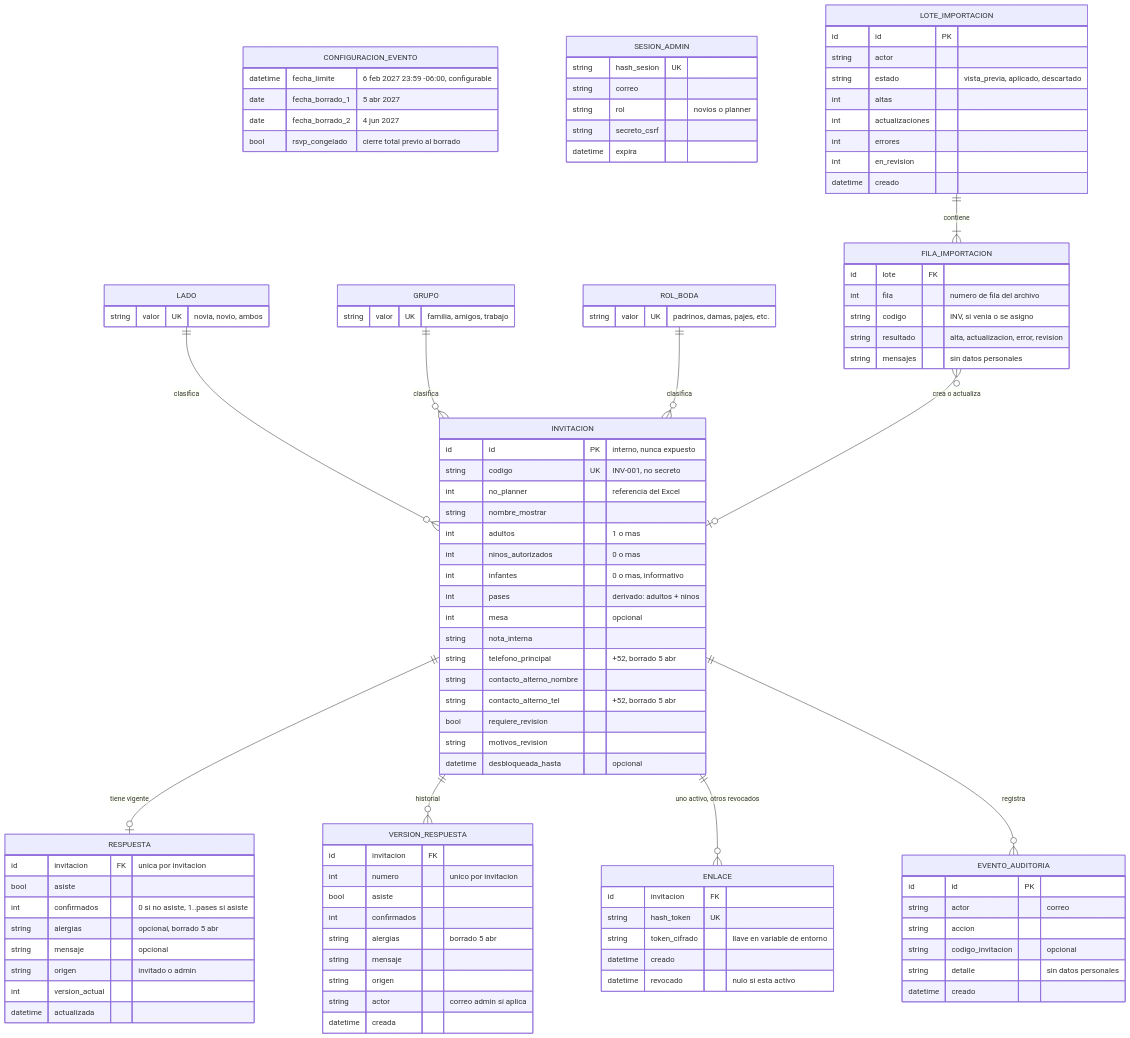
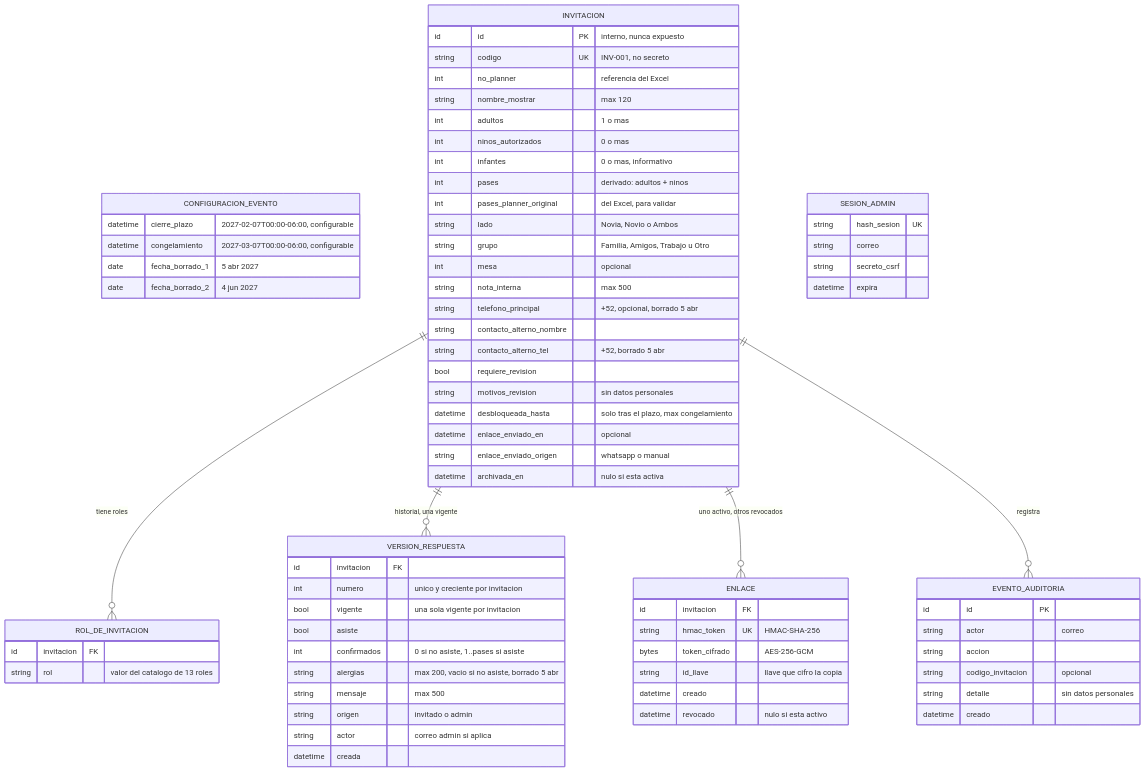
Before and after one commit to Mayra-ux/ma-wedding: the diagram in docs/architecture/02-modelo-de-datos.md, drawn with Mermaid. The commit also changed other lines of this file and 26 other files, not shown here.

````diff
--- a/docs/architecture/02-modelo-de-datos.md
+++ b/docs/architecture/02-modelo-de-datos.md
@@ -7,68 +7,60 @@
 ```mermaid
 erDiagram
   CONFIGURACION_EVENTO {
-    datetime fecha_limite "6 feb 2027 23:59 -06:00, configurable"
+    datetime cierre_plazo "2027-02-07T00:00-06:00, configurable"
+    datetime congelamiento "2027-03-07T00:00-06:00, configurable"
     date fecha_borrado_1 "5 abr 2027"
     date fecha_borrado_2 "4 jun 2027"
-    bool rsvp_congelado "cierre total previo al borrado"
   }
 
   INVITACION {
     id id PK "interno, nunca expuesto"
     string codigo UK "INV-001, no secreto"
     int no_planner "referencia del Excel"
-    string nombre_mostrar
+    string nombre_mostrar "max 120"
     int adultos "1 o mas"
     int ninos_autorizados "0 o mas"
     int infantes "0 o mas, informativo"
     int pases "derivado: adultos + ninos"
+    int pases_planner_original "del Excel, para validar"
+    string lado "Novia, Novio o Ambos"
+    string grupo "Familia, Amigos, Trabajo u Otro"
     int mesa "opcional"
-    string nota_interna
-    string telefono_principal "+52, borrado 5 abr"
+    string nota_interna "max 500"
+    string telefono_principal "+52, opcional, borrado 5 abr"
     string contacto_alterno_nombre
     string contacto_alterno_tel "+52, borrado 5 abr"
     bool requiere_revision
-    string motivos_revision
-    datetime desbloqueada_hasta "opcional"
+    string motivos_revision "sin datos personales"
+    datetime desbloqueada_hasta "solo tras el plazo, max congelamiento"
+    datetime enlace_enviado_en "opcional"
+    string enlace_enviado_origen "whatsapp o manual"
+    datetime archivada_en "nulo si esta activa"
   }
 
-  LADO {
-    string valor UK "novia, novio, ambos"
-  }
-  GRUPO {
-    string valor UK "familia, amigos, trabajo"
-  }
-  ROL_BODA {
-    string valor UK "padrinos, damas, pajes, etc."
-  }
-
-  RESPUESTA {
-    id invitacion FK "unica por invitacion"
-    bool asiste
-    int confirmados "0 si no asiste, 1..pases si asiste"
-    string alergias "opcional, borrado 5 abr"
-    string mensaje "opcional"
-    string origen "invitado o admin"
-    int version_actual
-    datetime actualizada
+  ROL_DE_INVITACION {
+    id invitacion FK
+    string rol "valor del catalogo de 13 roles"
   }
 
   VERSION_RESPUESTA {
     id invitacion FK
-    int numero "unico por invitacion"
+    int numero "unico y creciente por invitacion"
+    bool vigente "una sola vigente por invitacion"
     bool asiste
-    int confirmados
-    string alergias "borrado 5 abr"
-    string mensaje
-    string origen
+    int confirmados "0 si no asiste, 1..pases si asiste"
+    string alergias "max 200, vacio si no asiste, borrado 5 abr"
+    string mensaje "max 500"
+    string origen "invitado o admin"
     string actor "correo admin si aplica"
     datetime creada
   }
 
   ENLACE {
     id invitacion FK
-    string hash_token UK
-    string token_cifrado "llave en variable de entorno"
+    string hmac_token UK "HMAC-SHA-256"
+    bytes token_cifrado "AES-256-GCM"
+    string id_llave "llave que cifro la copia"
     datetime creado
     datetime revocado "nulo si esta activo"
   }
@@ -76,28 +68,8 @@
   SESION_ADMIN {
     string hash_sesion UK
     string correo
-    string rol "novios o planner"
     string secreto_csrf
     datetime expira
-  }
-
-  LOTE_IMPORTACION {
-    id id PK
-    string actor
-    string estado "vista_previa, aplicado, descartado"
-    int altas
-    int actualizaciones
-    int errores
-    int en_revision
-    datetime creado
-  }
-
-  FILA_IMPORTACION {
-    id lote FK
-    int fila "numero de fila del archivo"
-    string codigo "INV, si venia o se asigno"
-    string resultado "alta, actualizacion, error, revision"
-    string mensajes "sin datos personales"
   }
 
   EVENTO_AUDITORIA {
@@ -109,13 +81,8 @@
     datetime creado
   }
 
-  LADO ||--o{ INVITACION : clasifica
-  GRUPO ||--o{ INVITACION : clasifica
-  ROL_BODA ||--o{ INVITACION : clasifica
-  INVITACION ||--o| RESPUESTA : "tiene vigente"
-  INVITACION ||--o{ VERSION_RESPUESTA : "historial"
+  INVITACION ||--o{ ROL_DE_INVITACION : "tiene roles"
+  INVITACION ||--o{ VERSION_RESPUESTA : "historial, una vigente"
   INVITACION ||--o{ ENLACE : "uno activo, otros revocados"
-  LOTE_IMPORTACION ||--|{ FILA_IMPORTACION : contiene
-  FILA_IMPORTACION }o--o| INVITACION : "crea o actualiza"
   INVITACION ||--o{ EVENTO_AUDITORIA : "registra"
 ```
````
